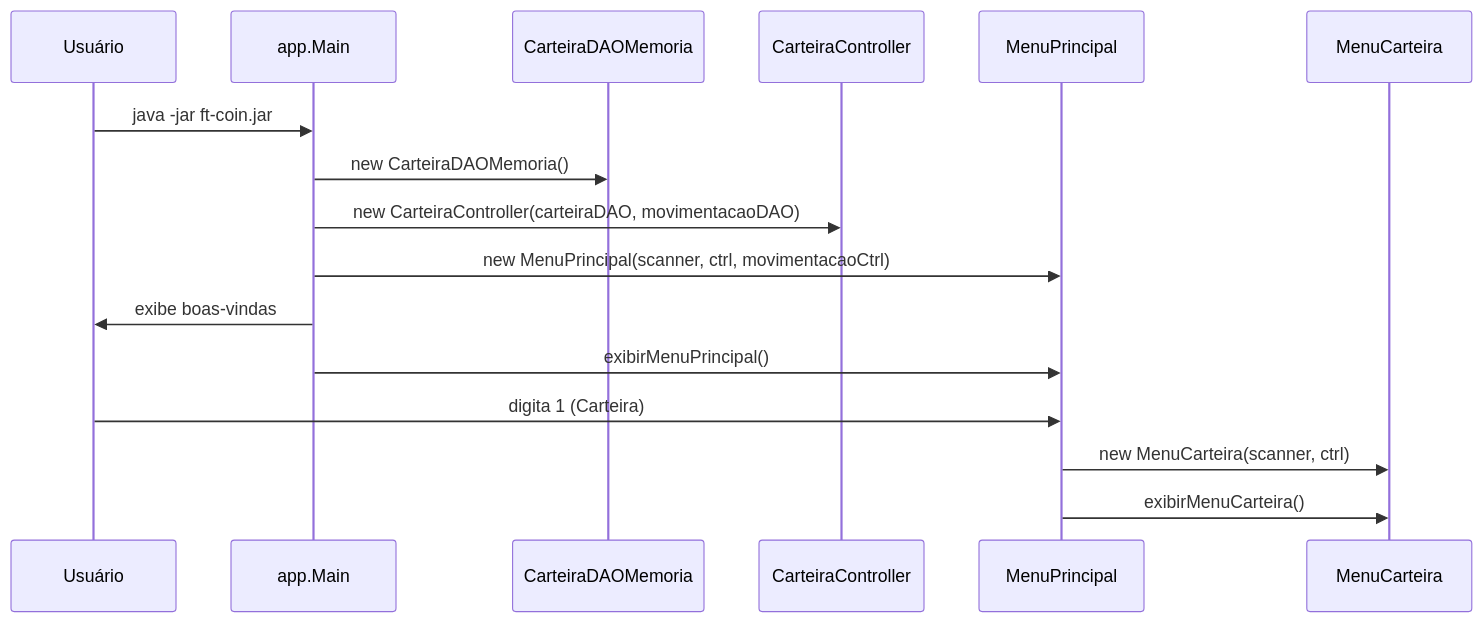
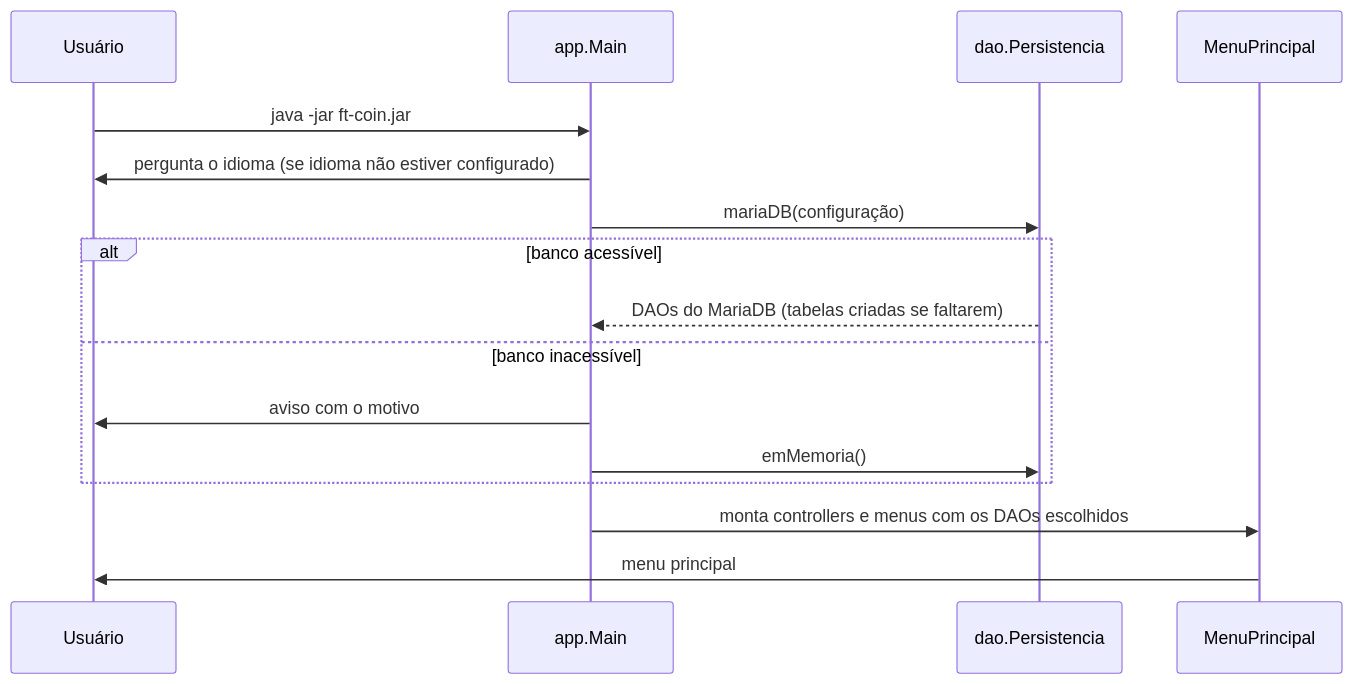
Before and after one commit to CassianoBorborema/FT_Coin: the second of 3 diagrams in docs/fluxo-carteira.md, drawn with Mermaid. The commit also changed other lines of this file and 107 other files, not shown here.

````diff
--- a/docs/fluxo-carteira.md
+++ b/docs/fluxo-carteira.md
@@ -70,19 +56,19 @@
 ```mermaid
 sequenceDiagram
-    participant User as Usuário
+    participant U as Usuário
     participant Main as app.Main
-    participant DAO as CarteiraDAOMemoria
-    participant Ctrl as CarteiraController
+    participant P as dao.Persistencia
     participant MP as MenuPrincipal
-    participant MC as MenuCarteira
 
-    User->>Main: java -jar ft-coin.jar
-    Main->>DAO: new CarteiraDAOMemoria()
-    Main->>Ctrl: new CarteiraController(carteiraDAO, movimentacaoDAO)
-    Main->>MP: new MenuPrincipal(scanner, ctrl, movimentacaoCtrl)
-    Main->>User: exibe boas-vindas
-    Main->>MP: exibirMenuPrincipal()
-    User->>MP: digita 1 (Carteira)
-    MP->>MC: new MenuCarteira(scanner, ctrl)
-    MP->>MC: exibirMenuCarteira()
+    U->>Main: java -jar ft-coin.jar
+    Main->>U: pergunta o idioma (se idioma não estiver configurado)
+    Main->>P: mariaDB(configuração)
+    alt banco acessível
+        P-->>Main: DAOs do MariaDB (tabelas criadas se faltarem)
+    else banco inacessível
+        Main->>U: aviso com o motivo
+        Main->>P: emMemoria()
+    end
+    Main->>MP: monta controllers e menus com os DAOs escolhidos
+    MP->>U: menu principal
 ```
````
